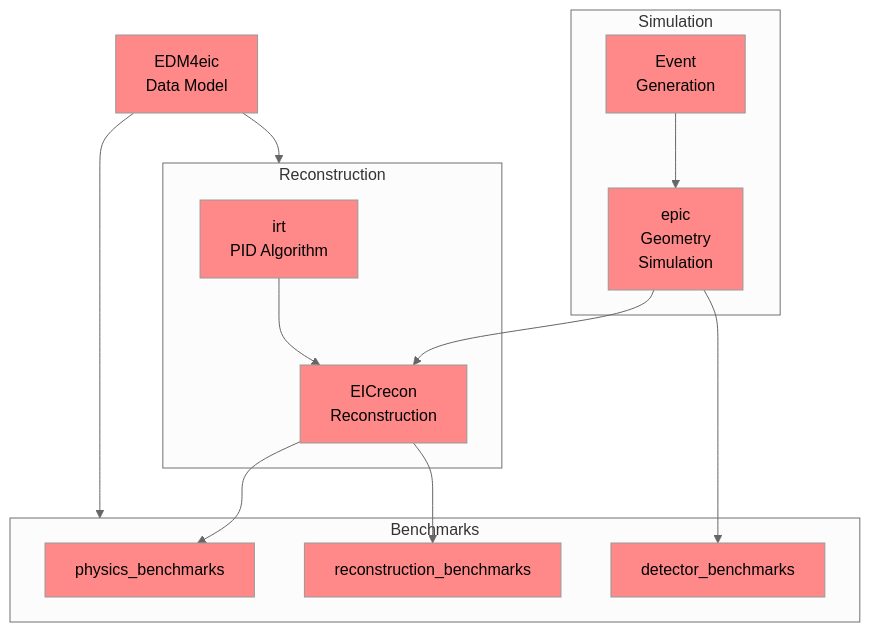
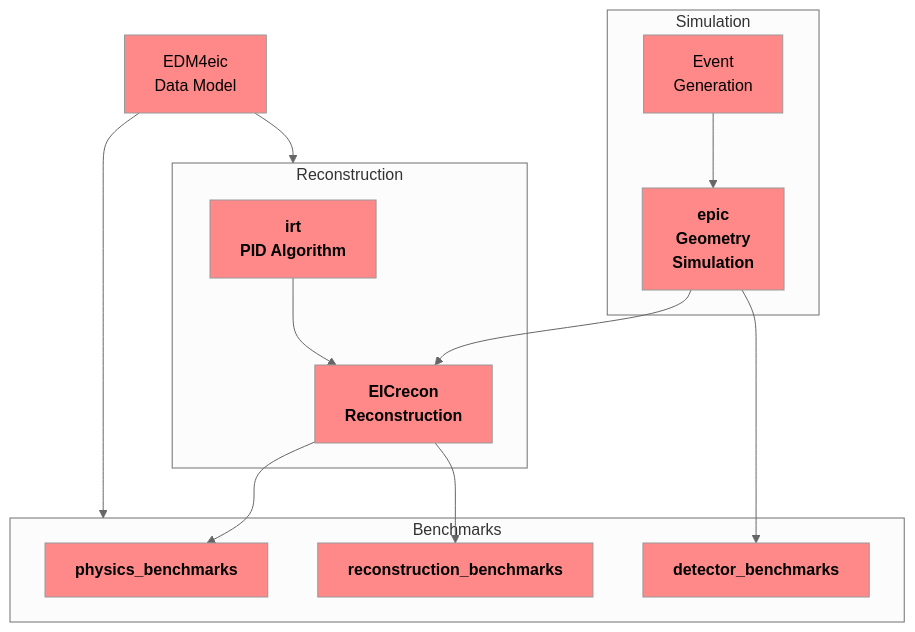
The first of 4 diagrams in README.md (eic/drich-dev), drawn with Mermaid (neutral theme) before and after one commit.

Commit message:
modified:   README.md

````diff
--- a/README.md
+++ b/README.md
@@ -197,27 +197,27 @@
 ```mermaid
 flowchart TB
   classDef epic fill:#ff8888,color:black
 
   EDM4eic[EDM4eic<br/>Data Model]:::epic
   subgraph Simulation
     EventGeneration[Event<br/>Generation]:::epic
-    epic[epic<br/>Geometry<br/>Simulation]:::epic
+    epic[<strong>epic<strong/><br/>Geometry<br/>Simulation]:::epic
   end
   subgraph Reconstruction
-    irt[irt<br/>PID Algorithm]:::epic
-    EICrecon[EICrecon<br/>Reconstruction]:::epic
+    irt[<strong>irt<strong/><br/>PID Algorithm]:::epic
+    EICrecon[<strong>EICrecon<strong/><br/>Reconstruction]:::epic
   end
   subgraph Benchmarks
-    PhysicsBenchmarks[physics_benchmarks]:::epic
-    ReconstructionBenchmarks[reconstruction_benchmarks]:::epic
-    DetectorBenchmarks[detector_benchmarks]:::epic
+    PhysicsBenchmarks[<strong>physics_benchmarks<strong/>]:::epic
+    ReconstructionBenchmarks[<strong>reconstruction_benchmarks<strong/>]:::epic
+    DetectorBenchmarks[<strong>detector_benchmarks<strong/>]:::epic
   end
 
   EventGeneration --> epic --> EICrecon
   irt             --> EICrecon
   epic            --> DetectorBenchmarks
   EICrecon        --> PhysicsBenchmarks
   EICrecon        --> ReconstructionBenchmarks
   EDM4eic         --> Reconstruction
   EDM4eic         --> Benchmarks
 ```
````
